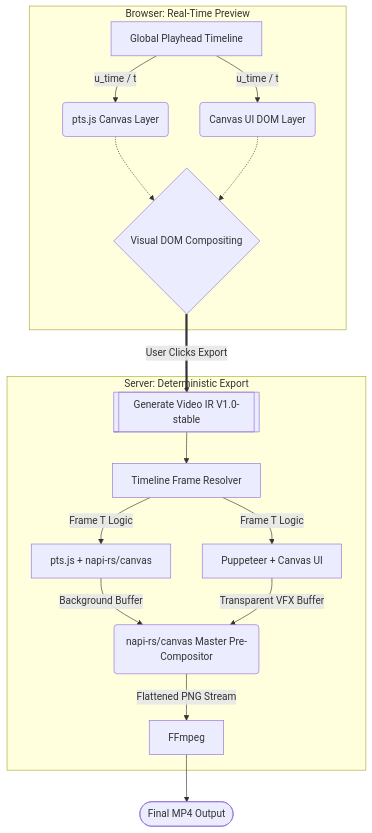
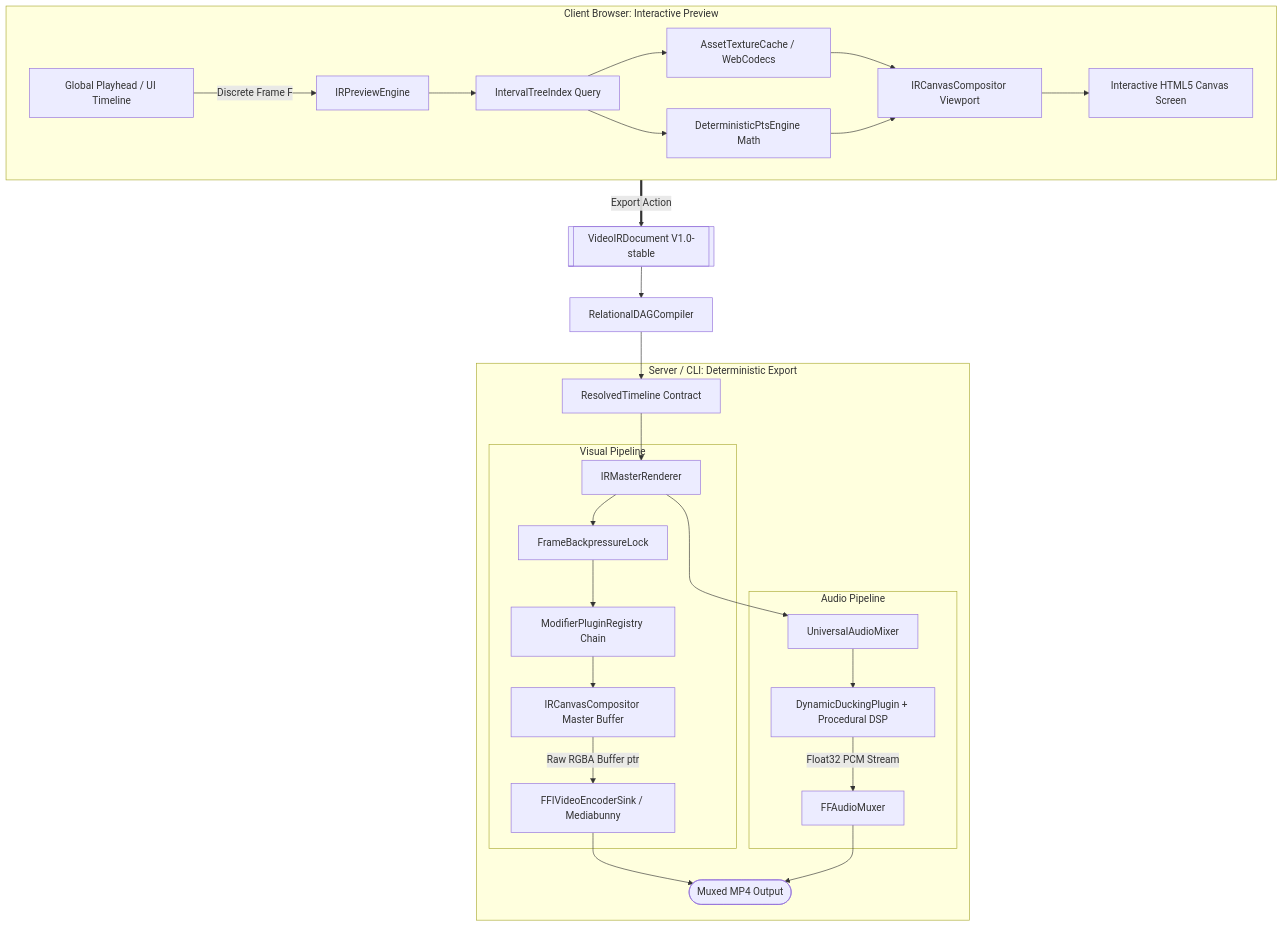
The diagram in docs/acc_archived/video-production-techniques/web_based_video_editor_architecture.md (tamanle23/acc), drawn with Mermaid before and after one commit. The commit also changed other lines of this file and 7 other files, not shown here.

````diff
--- a/docs/acc_archived/video-production-techniques/web_based_video_editor_architecture.md
+++ b/docs/acc_archived/video-production-techniques/web_based_video_editor_architecture.md
@@ -140,28 +175,39 @@
 ```mermaid
 graph TD
-    %% Frontend Phase
-    subgraph Frontend [Browser: Real-Time Preview]
-        A[Global Playhead Timeline] -->|u_time / t| B(pts.js Canvas Layer)
-        A -->|u_time / t| C(Canvas UI DOM Layer)
-        B -.-> D{Visual DOM Compositing}
-        C -.-> D
+    %% Frontend Preview Phase
+    subgraph Frontend [Client Browser: Interactive Preview]
+        A[Global Playhead / UI Timeline] -->|Discrete Frame F| B[IRPreviewEngine]
+        B --> C[IntervalTreeIndex Query]
+        C --> D[AssetTextureCache / WebCodecs]
+        C --> E[DeterministicPtsEngine Math]
+        D --> F[IRCanvasCompositor Viewport]
+        E --> F
+        F --> G[Interactive HTML5 Canvas Screen]
     end
 
     %% Bridge
-    D ==>|User Clicks Export| E[[Generate Video IR V1.0-stable]]
+    Frontend ==>|Export Action| H[[VideoIRDocument V1.0-stable]]
+    H --> I[RelationalDAGCompiler]
+    I --> J[ResolvedTimeline Contract]
 
-    %% Backend Phase
-    subgraph Backend [Server: Deterministic Export]
-        E --> F[Timeline Frame Resolver]
+    %% Backend Export Phase
+    subgraph Backend [Server / CLI: Deterministic Export]
+        J --> K[IRMasterRenderer]
         
-        F -->|Frame T Logic| G[pts.js + napi-rs/canvas]
-        F -->|Frame T Logic| H[Puppeteer + Canvas UI]
+        subgraph Visual Pipeline
+            K --> L[FrameBackpressureLock]
+            L --> M[ModifierPluginRegistry Chain]
+            M --> N[IRCanvasCompositor Master Buffer]
+            N -->|Raw RGBA Buffer ptr| O[FFIVideoEncoderSink / Mediabunny]
+        end
         
-        G -->|Background Buffer| I(napi-rs/canvas Master Pre-Compositor)
-        H -->|Transparent VFX Buffer| I
+        subgraph Audio Pipeline
+            K --> P[UniversalAudioMixer]
+            P --> Q[DynamicDuckingPlugin + Procedural DSP]
+            Q -->|Float32 PCM Stream| R[FFAudioMuxer]
+        end
         
-        I -->|Flattened PNG Stream| J[FFmpeg]
+        O --> S([Muxed MP4 Output])
+        R --> S
     end
-
-    J --> K([Final MP4 Output])
 ```
````
